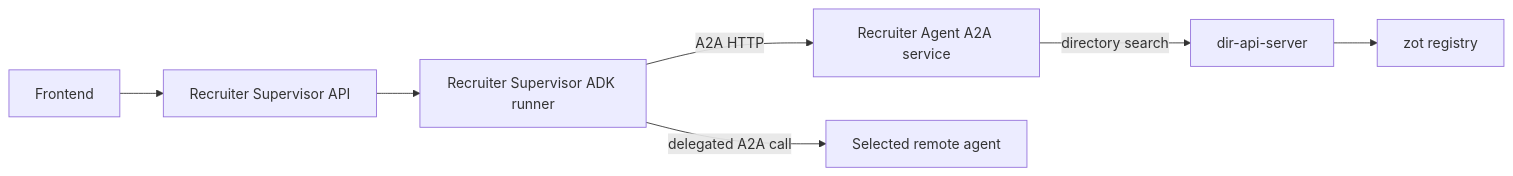
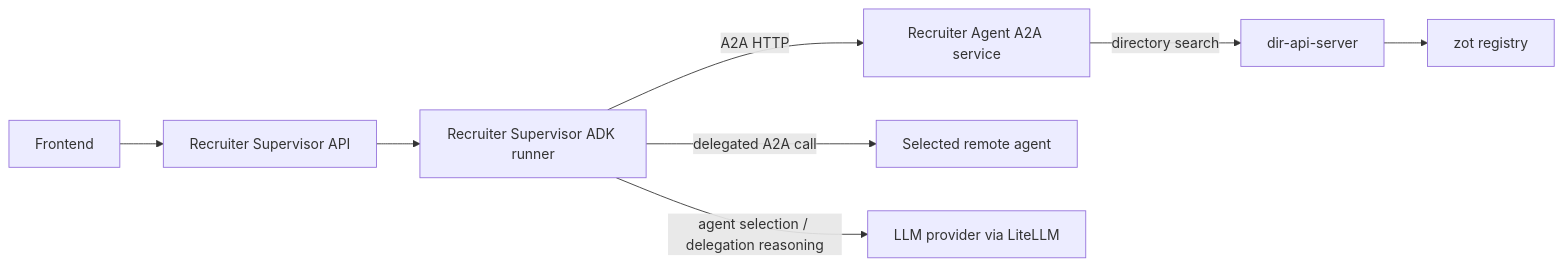
One commit to agntcy/coffeeAgntcy changed the third of 3 diagrams in coffeeAGNTCY/coffee_agents/lungo/README.md. Above: the diagram before and after it, drawn with Mermaid. The commit also changed other lines of this file and 1 other file, not shown here.

````diff
--- a/coffeeAGNTCY/coffee_agents/lungo/README.md
+++ b/coffeeAGNTCY/coffee_agents/lungo/README.md
@@ -131,17 +150,19 @@
 ```mermaid
 flowchart LR
     UI[Frontend]
     API[Recruiter Supervisor API]
     ADK[Recruiter Supervisor ADK runner]
     RECRUITER[Recruiter Agent A2A service]
     DIR[dir-api-server]
     ZOT[zot registry]
     TARGET[Selected remote agent]
+    LLM[LLM provider via LiteLLM]
 
     UI --> API
     API --> ADK
     ADK -->|A2A HTTP| RECRUITER
     RECRUITER -->|directory search| DIR
     DIR --> ZOT
     ADK -->|delegated A2A call| TARGET
+    ADK -->|agent selection / delegation reasoning| LLM
 ```
````
